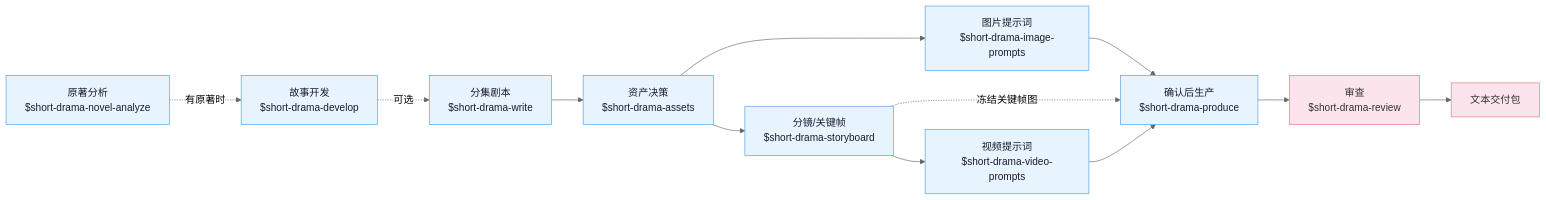
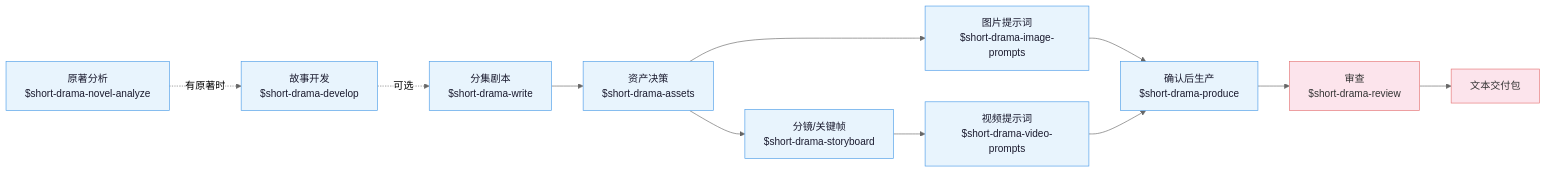
The diagram in README.md (stelin/drama-skills), drawn with Mermaid (neutral theme) before and after one commit. The commit also changed 36 other files, not shown here.

````diff
--- a/README.md
+++ b/README.md
@@ -109,25 +109,24 @@
 ```mermaid
 flowchart LR
     classDef phase fill:#e8f4fd,color:#1a1a2e,stroke:#4a9be8,stroke-width:1px
     classDef final fill:#fce4ec,color:#333,stroke:#e57373,stroke-width:1px
 
     nva["原著分析<br/>$short-drama-novel-analyze"]:::phase
     dev["故事开发<br/>$short-drama-develop"]:::phase
     write["分集剧本<br/>$short-drama-write"]:::phase
     assets["资产决策<br/>$short-drama-assets"]:::phase
     img["图片提示词<br/>$short-drama-image-prompts"]:::phase
     sb["分镜/关键帧<br/>$short-drama-storyboard"]:::phase
     vid["视频提示词<br/>$short-drama-video-prompts"]:::phase
     prod["确认后生产<br/>$short-drama-produce"]:::phase
     rev["审查<br/>$short-drama-review"]:::final
     pkg["文本交付包"]:::final
 
     nva -.有原著时.-> dev
     dev -.可选.-> write --> assets
     assets --> img
     assets --> sb --> vid
     img --> prod
-    sb -.冻结关键帧图.-> prod
     vid --> prod
     prod --> rev --> pkg
 ```
````
